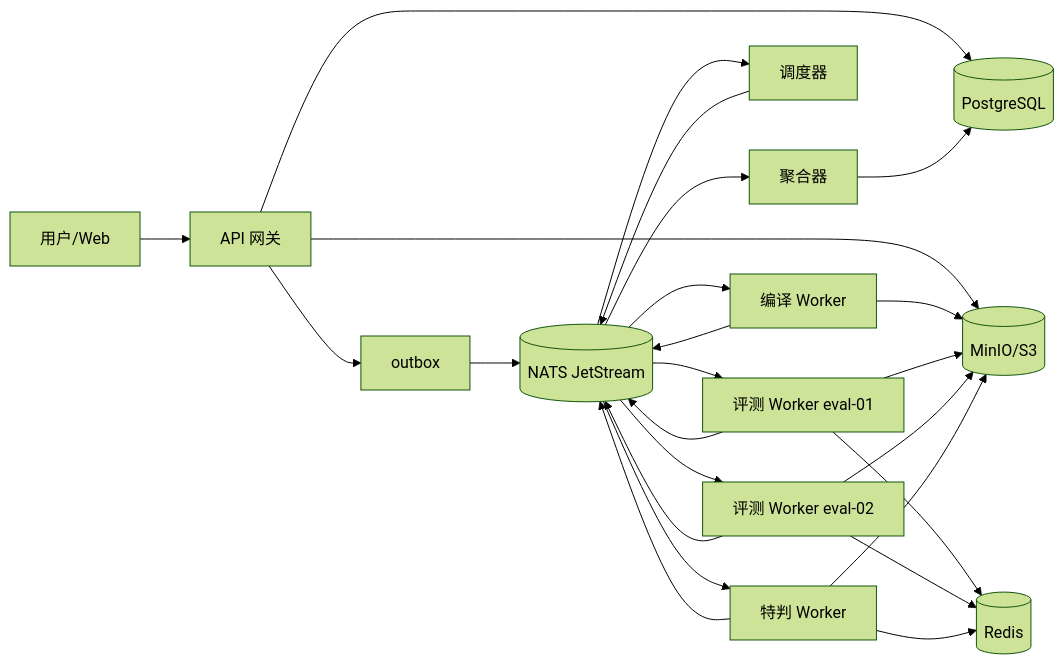
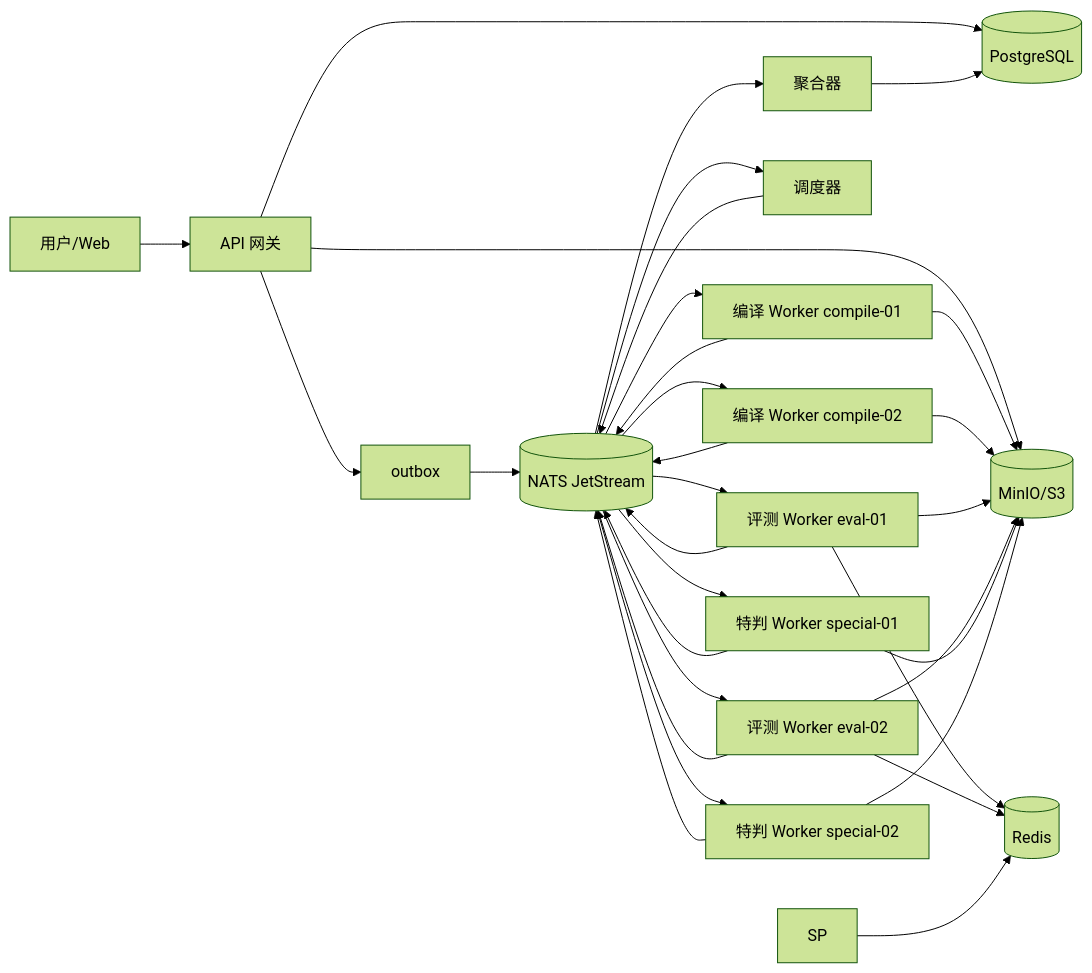
Before and after one commit to Robert-sudo531/AlgoOS: the diagram in README.md, drawn with Mermaid (forest theme). The commit also changed other lines of this file and 147 other files, not shown here.

````diff
--- a/README.md
+++ b/README.md
@@ -38,27 +38,33 @@
 ```mermaid
 flowchart LR
     U[用户/Web] --> API[API 网关]
     API --> PG[(PostgreSQL)]
     API --> S3[(MinIO/S3)]
     API --> OB[outbox]
     OB --> MQ[(NATS JetStream)]
-    MQ --> C[编译 Worker]
-    C --> S3
-    C --> MQ
+    MQ --> C1[编译 Worker compile-01]
+    MQ --> C2[编译 Worker compile-02]
+    C1 --> S3
+    C2 --> S3
+    C1 --> MQ
+    C2 --> MQ
     MQ --> S[调度器]
     S --> MQ
     MQ --> E1[评测 Worker eval-01]
     MQ --> E2[评测 Worker eval-02]
     E1 --> S3
     E2 --> S3
     E1 --> MQ
     E2 --> MQ
-    MQ --> SP[特判 Worker]
-    SP --> S3
-    SP --> MQ
+    MQ --> SP1[特判 Worker special-01]
+    MQ --> SP2[特判 Worker special-02]
+    SP1 --> S3
+    SP2 --> S3
+    SP1 --> MQ
+    SP2 --> MQ
     MQ --> AG[聚合器]
     AG --> PG
     E1 --> R[(Redis)]
     E2 --> R
     SP --> R
 ```
````
